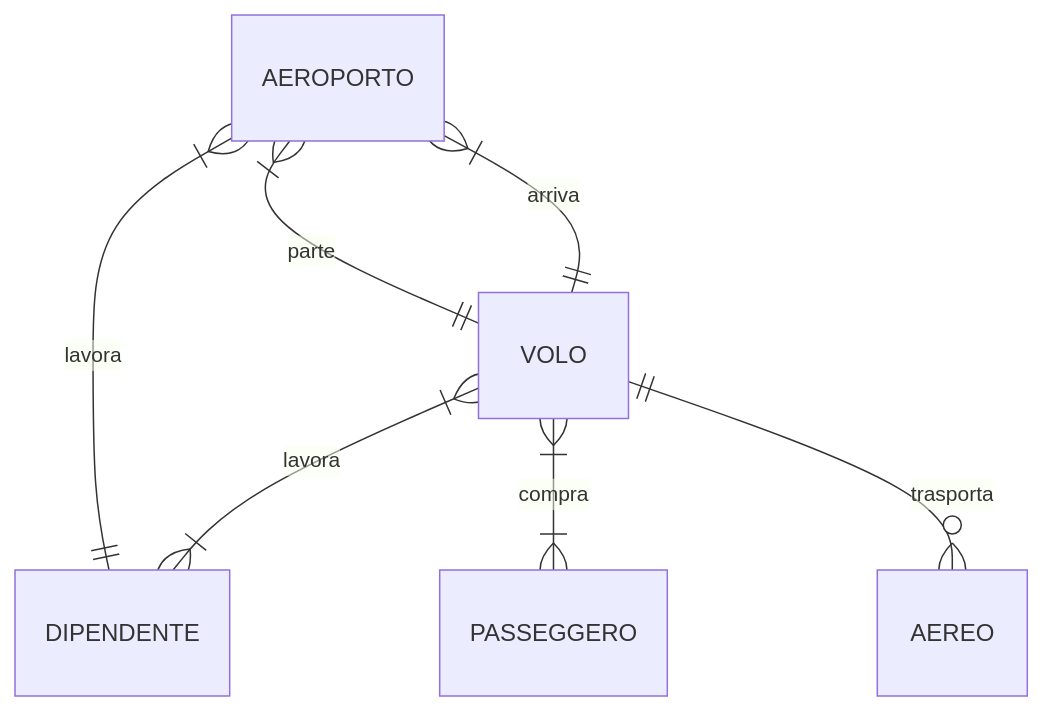
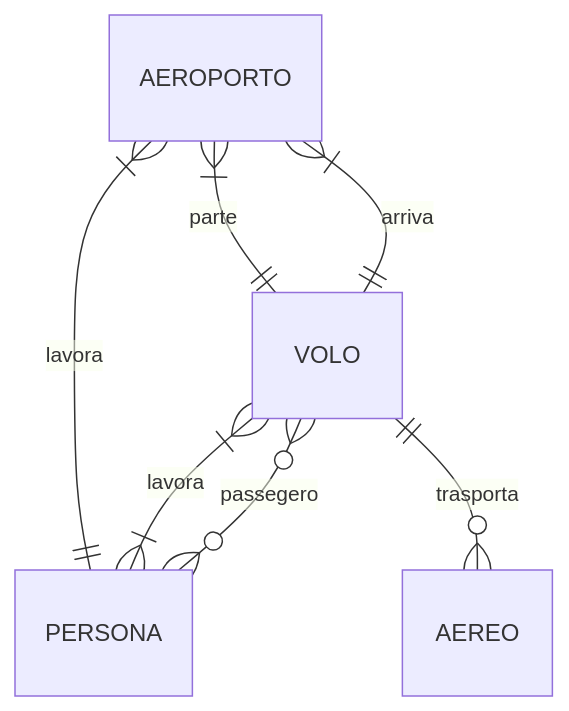
One commit to Diebbo/aereodb changed the first of 4 diagrams in RELAZIONE.md. Above: the diagram before and after it, drawn with Mermaid. The commit also changed other lines of this file, not shown here.

````diff
--- a/RELAZIONE.md
+++ b/RELAZIONE.md
@@ -180,10 +182,9 @@
 ```mermaid
 erDiagram
-    AEROPORTO }|--|| VOLO : parte
-    AEROPORTO }|--|| VOLO : arriva
-    AEROPORTO }|--|| DIPENDENTE: lavora
-
-    VOLO }|--|{ DIPENDENTE: lavora
-    VOLO }|--|{ PASSEGGERO: compra
-    VOLO ||--o{ AEREO: trasporta
+    AEROPORTO }|--|| VOLO: "parte"
+    AEROPORTO }|--|| VOLO: "arriva"
+    AEROPORTO }|--|| PERSONA: "lavora"
+    VOLO }|--|{ PERSONA: "lavora"
+    VOLO }o--o{ PERSONA: "passegero" 
+    VOLO ||--o{ AEREO: "trasporta"
 ```
````
